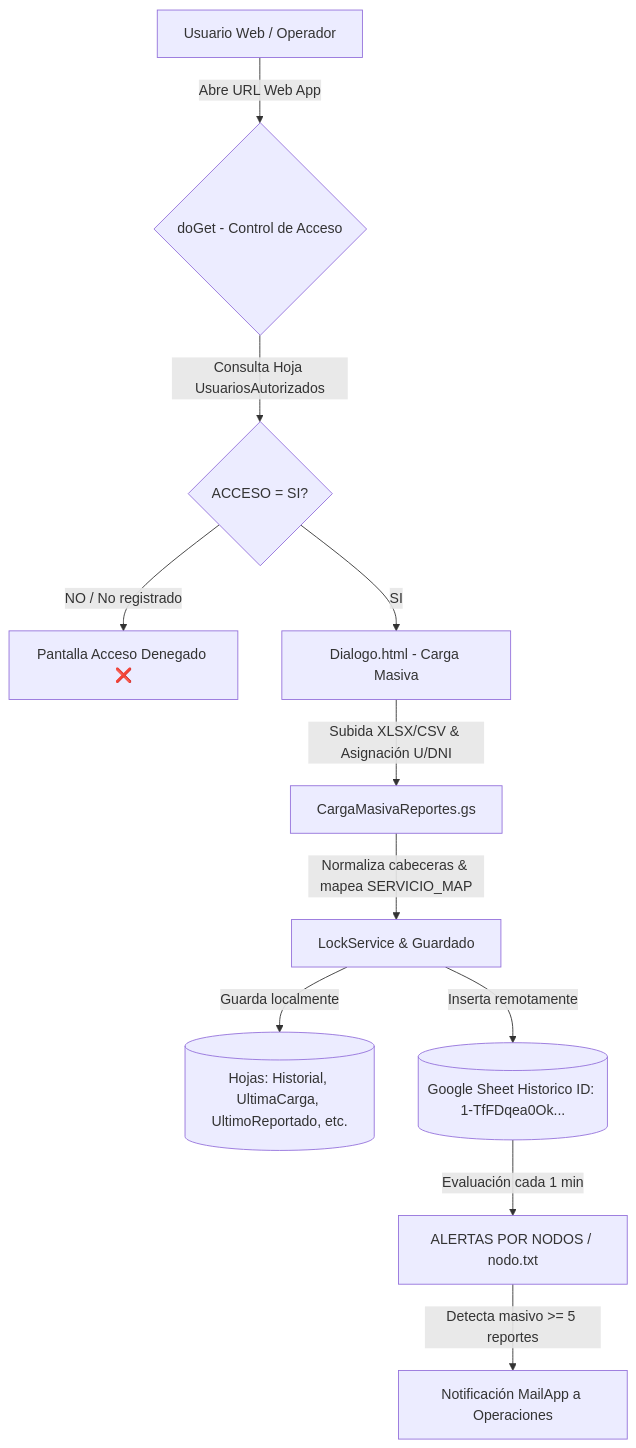
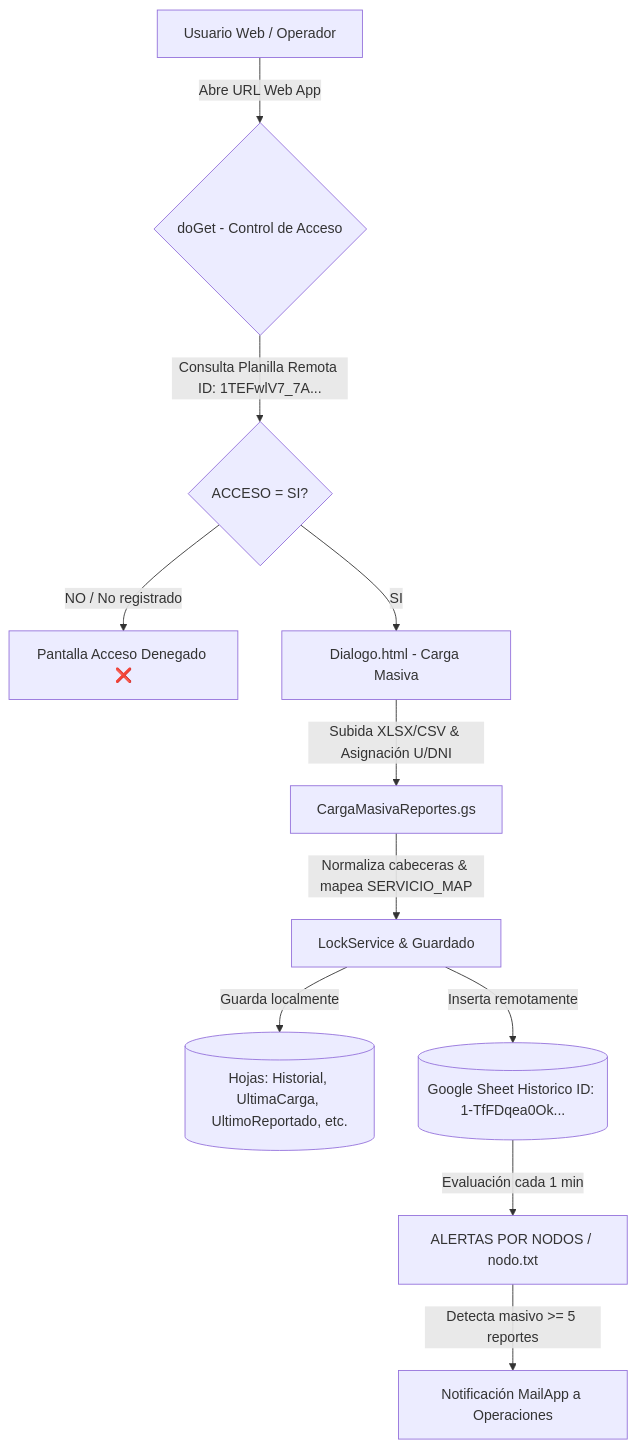
The diagram in README.md (Migueerm/proyecto-nodos-anexo-padin), drawn with Mermaid before and after one commit. The commit also changed other lines of this file and 2 other files, not shown here.

Commit message:
feat: conectar control de accesos dinámico con la planilla remota ID 1TEFwlV7_7A0dY5X2t8qmEFJZT3QVmCj48NPf59Izq-A

````diff
--- a/README.md
+++ b/README.md
@@ -9,13 +9,13 @@
 ```mermaid
 flowchart TD
     A[Usuario Web / Operador] -->|Abre URL Web App| B{doGet - Control de Acceso}
-    B -->|Consulta Hoja UsuariosAutorizados| C{ACCESO = SI?}
+    B -->|Consulta Planilla Remota ID: 1TEFwlV7_7A...| C{ACCESO = SI?}
     C -->|NO / No registrado| D[Pantalla Acceso Denegado ❌]
     C -->|SI| E[Dialogo.html - Carga Masiva]
     E -->|Subida XLSX/CSV & Asignación U/DNI| F[CargaMasivaReportes.gs]
     F -->|Normaliza cabeceras & mapea SERVICIO_MAP| G[LockService & Guardado]
     G -->|Guarda localmente| H[(Hojas: Historial, UltimaCarga, UltimoReportado, etc.)]
     G -->|Inserta remotamente| I[(Google Sheet Historico ID: 1-TfFDqea0Ok...)]
     I -->|Evaluación cada 1 min| J[ALERTAS POR NODOS / nodo.txt]
     J -->|Detecta masivo >= 5 reportes| K[Notificación MailApp a Operaciones]
 ```
````
